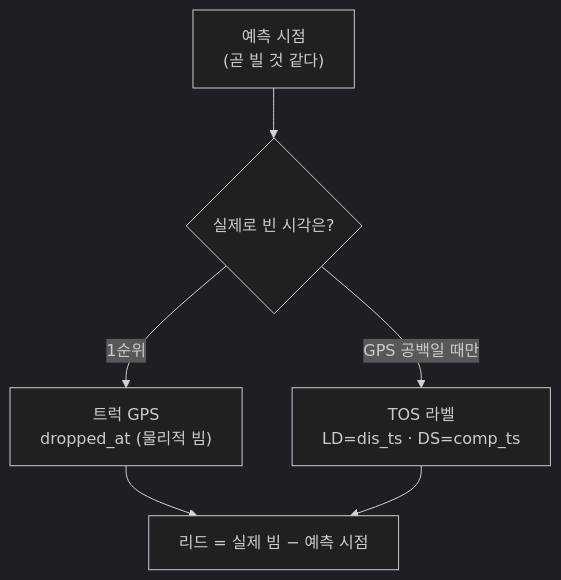
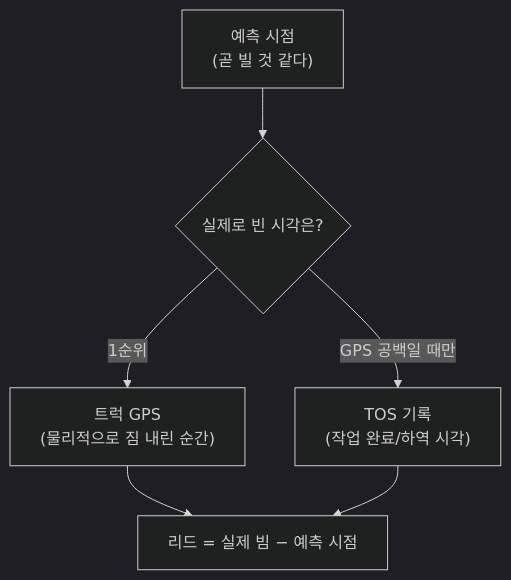
One commit to kimt86/tt-aiops-platform changed the second of 2 diagrams in docs-site/src/content/docs/dashboard/learning.md. Above: the diagram before and after it, drawn with Mermaid (dark theme). The commit also changed other lines of this file and 1 other file, not shown here.

````diff
--- a/docs-site/src/content/docs/dashboard/learning.md
+++ b/docs-site/src/content/docs/dashboard/learning.md
@@ -48,8 +60,8 @@
 ```mermaid
 flowchart TD
   P["예측 시점<br/>(곧 빌 것 같다)"] --> Q{"실제로 빈 시각은?"}
-  Q -->|"1순위"| G["트럭 GPS<br/>dropped_at (물리적 빔)"]
-  Q -->|"GPS 공백일 때만"| T["TOS 라벨<br/>LD=dis_ts · DS=comp_ts"]
+  Q -->|"1순위"| G["트럭 GPS<br/>(물리적으로 짐 내린 순간)"]
+  Q -->|"GPS 공백일 때만"| T["TOS 기록<br/>(작업 완료/하역 시각)"]
   G --> L["리드 = 실제 빔 − 예측 시점"]
   T --> L
 ```
````
